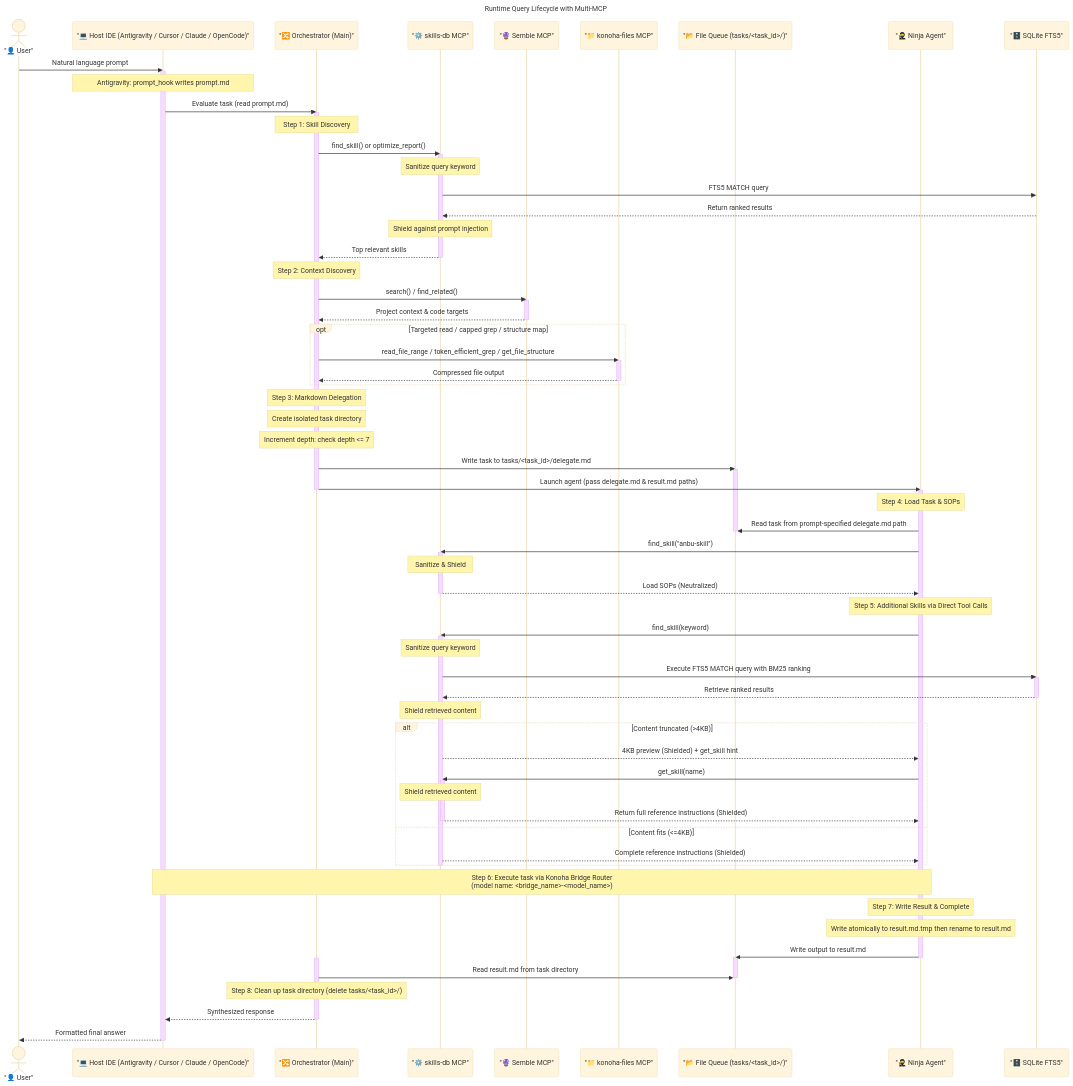
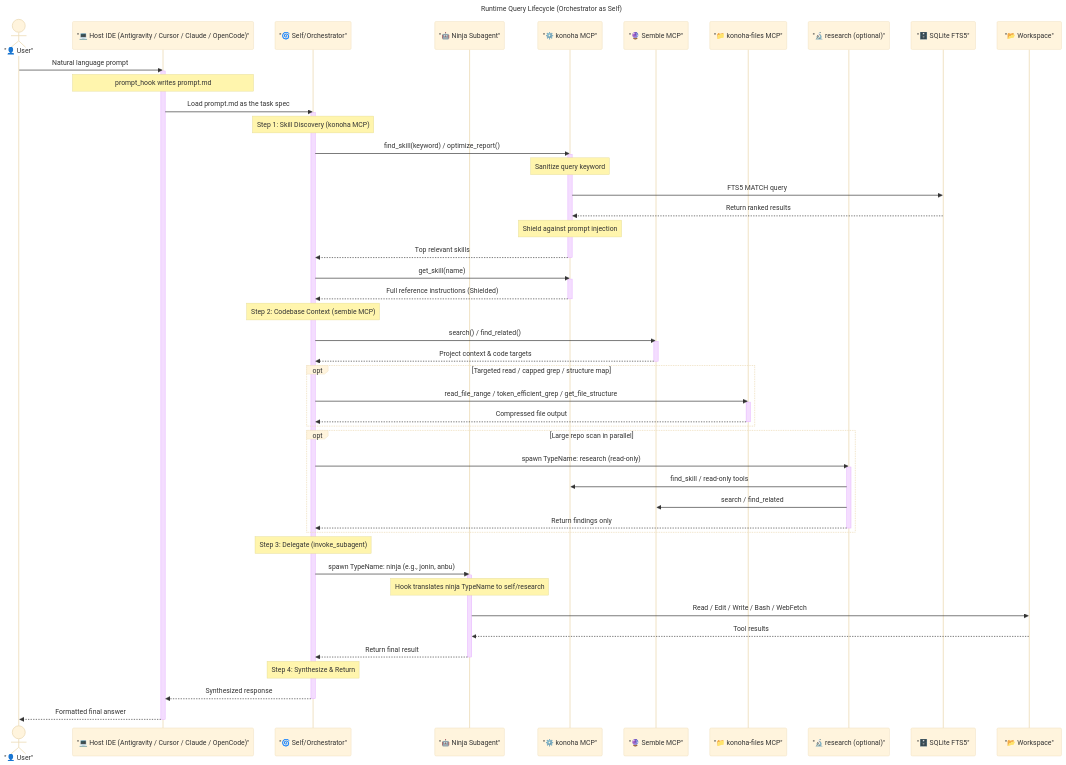
Before and after one commit to andycungkrinx91/konoha: the second of 2 diagrams in docs/ARCHITECTURE.md, drawn with Mermaid (base theme). The commit also changed other lines of this file and 134 other files, not shown here.

````diff
--- a/docs/ARCHITECTURE.md
+++ b/docs/ARCHITECTURE.md
@@ -139,106 +115,79 @@
 ```mermaid
 ---
-title: Runtime Query Lifecycle with Multi-MCP
+title: Runtime Query Lifecycle (Orchestrator as Self)
 ---
 sequenceDiagram
     actor User as "👤 User"
     participant IDE as "💻 Host IDE (Antigravity / Cursor / Claude / OpenCode)"
-    participant Router as "🔀 Orchestrator (Main)"
-    participant SkillsDB as "⚙️ skills-db MCP"
+    participant Orchestrator as "🌀 Self/Orchestrator"
+    participant Subagent as "🤖 Ninja Subagent"
+    participant KonohaMCP as "⚙️ konoha MCP"
     participant Semble as "🔮 Semble MCP"
     participant KonohaFiles as "📁 konoha-files MCP"
-    participant Queue as "📂 File Queue (tasks/<task_id>/)"
-    participant Agent as "🥷 Ninja Agent"
+    participant Research as "🔬 research (optional)"
     participant DB as "🗄️ SQLite FTS5"
+    participant Codebase as "📂 Workspace"
 
     User->>IDE: Natural language prompt
     activate IDE
-    Note over IDE: Antigravity: prompt_hook writes prompt.md
-    IDE->>Router: Evaluate task (read prompt.md)
-    activate Router
+    Note over IDE: prompt_hook writes prompt.md
+    IDE->>Orchestrator: Load prompt.md as the task spec
+    activate Orchestrator
 
     %% --- Skill Discovery Phase ---
-    Note over Router: Step 1: Skill Discovery
-    Router->>SkillsDB: find_skill() or optimize_report()
-    activate SkillsDB
-    Note over SkillsDB: Sanitize query keyword
-    SkillsDB->>DB: FTS5 MATCH query
-    DB-->>SkillsDB: Return ranked results
-    Note over SkillsDB: Shield against prompt injection
-    SkillsDB-->>Router: Top relevant skills
-    deactivate SkillsDB
+    Note over Orchestrator: Step 1: Skill Discovery (konoha MCP)
+    Orchestrator->>KonohaMCP: find_skill(keyword) / optimize_report()
+    activate KonohaMCP
+    Note over KonohaMCP: Sanitize query keyword
+    KonohaMCP->>DB: FTS5 MATCH query
+    DB-->>KonohaMCP: Return ranked results
+    Note over KonohaMCP: Shield against prompt injection
+    KonohaMCP-->>Orchestrator: Top relevant skills
+    deactivate KonohaMCP
+
+    Orchestrator->>KonohaMCP: get_skill(name)
+    activate KonohaMCP
+    KonohaMCP-->>Orchestrator: Full reference instructions (Shielded)
+    deactivate KonohaMCP
 
     %% --- Context Discovery ---
-    Note over Router: Step 2: Context Discovery
-    Router->>Semble: search() / find_related()
+    Note over Orchestrator: Step 2: Codebase Context (semble MCP)
+    Orchestrator->>Semble: search() / find_related()
     activate Semble
-    Semble-->>Router: Project context & code targets
+    Semble-->>Orchestrator: Project context & code targets
     deactivate Semble
 
     opt Targeted read / capped grep / structure map
-        Router->>KonohaFiles: read_file_range / token_efficient_grep / get_file_structure
+        Orchestrator->>KonohaFiles: read_file_range / token_efficient_grep / get_file_structure
         activate KonohaFiles
-        KonohaFiles-->>Router: Compressed file output
+        KonohaFiles-->>Orchestrator: Compressed file output
         deactivate KonohaFiles
     end
 
-    %% --- Routing Phase ---
-    Note over Router: Step 3: Markdown Delegation
-    Note over Router: Create isolated task directory
-    Note over Router: Increment depth: check depth <= 7
-    Router->>Queue: Write task to tasks/<task_id>/delegate.md
-    activate Queue
-    Router->>Agent: Launch agent (pass delegate.md & result.md paths)
-    deactivate Router
-    activate Agent
+    %% --- Optional parallel read-only scan ---
+    opt Large repo scan in parallel
+        Orchestrator->>Research: spawn TypeName: research (read-only)
+        activate Research
+        Research->>KonohaMCP: find_skill / read-only tools
+        Research->>Semble: search / find_related
+        Research-->>Orchestrator: Return findings only
+        deactivate Research
+    end
 
-    %% --- Agent Execution Phase ---
-    Note over Agent: Step 4: Load Task & SOPs
-    Agent->>Queue: Read task from prompt-specified delegate.md path
-    deactivate Queue
-    Agent->>SkillsDB: find_skill("anbu-skill")
-    activate SkillsDB
-    Note over SkillsDB: Sanitize & Shield
-    SkillsDB-->>Agent: Load SOPs (Neutralized)
-    deactivate SkillsDB
-
-    %% --- Skills-DB Search Phase ---
-    Note over Agent: Step 5: Additional Skills via Direct Tool Calls
-    Agent->>SkillsDB: find_skill(keyword)
-    activate SkillsDB
-    Note over SkillsDB: Sanitize query keyword
-    SkillsDB->>DB: Execute FTS5 MATCH query with BM25 ranking
-    activate DB
-    DB-->>SkillsDB: Retrieve ranked results
-    deactivate DB
-    Note over SkillsDB: Shield retrieved content
-
-    alt Content truncated (>4KB)
-        SkillsDB-->>Agent: 4KB preview (Shielded) + get_skill hint
-        Agent->>SkillsDB: get_skill(name)
-        activate SkillsDB
-        Note over SkillsDB: Shield retrieved content
-        SkillsDB-->>Agent: Return full reference instructions (Shielded)
-        deactivate SkillsDB
-    else Content fits (<=4KB)
-        SkillsDB-->>Agent: Complete reference instructions (Shielded)
-    end
-    deactivate SkillsDB
-
-    Note over Agent,IDE: Step 6: Execute task via Konoha Bridge Router<br>(model name: <bridge_name>-<model_name>)
+    %% --- Execution Phase ---
+    Note over Orchestrator: Step 3: Delegate (invoke_subagent)
+    Orchestrator->>Subagent: spawn TypeName: ninja (e.g., jonin, anbu)
+    activate Subagent
+    Note over Subagent: Hook translates ninja TypeName to self/research
+    Subagent->>Codebase: Read / Edit / Write / Bash / WebFetch
+    Codebase-->>Subagent: Tool results
+    Subagent-->>Orchestrator: Return final result
+    deactivate Subagent
 
     %% --- Response Phase ---
-    Note over Agent: Step 7: Write Result & Complete
-    Note over Agent: Write atomically to result.md.tmp then rename to result.md
-    Agent->>Queue: Write output to result.md
-    activate Queue
-    deactivate Agent
-    activate Router
-    Router->>Queue: Read result.md from task directory
-    deactivate Queue
-    Note over Router: Step 8: Clean up task directory (delete tasks/<task_id>/)
-    Router-->>IDE: Synthesized response
-    deactivate Router
+    Note over Orchestrator: Step 4: Synthesize & Return
+    Orchestrator-->>IDE: Synthesized response
+    deactivate Orchestrator
     IDE-->>User: Formatted final answer
     deactivate IDE
 ```
````
